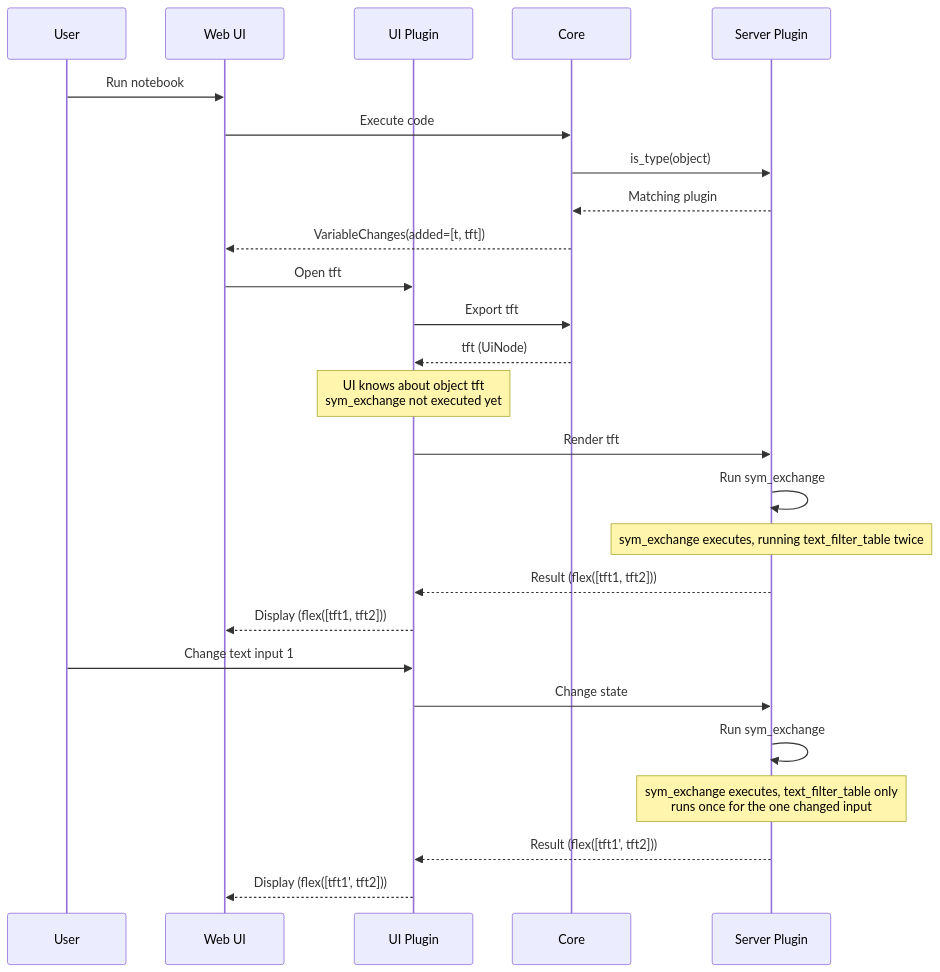
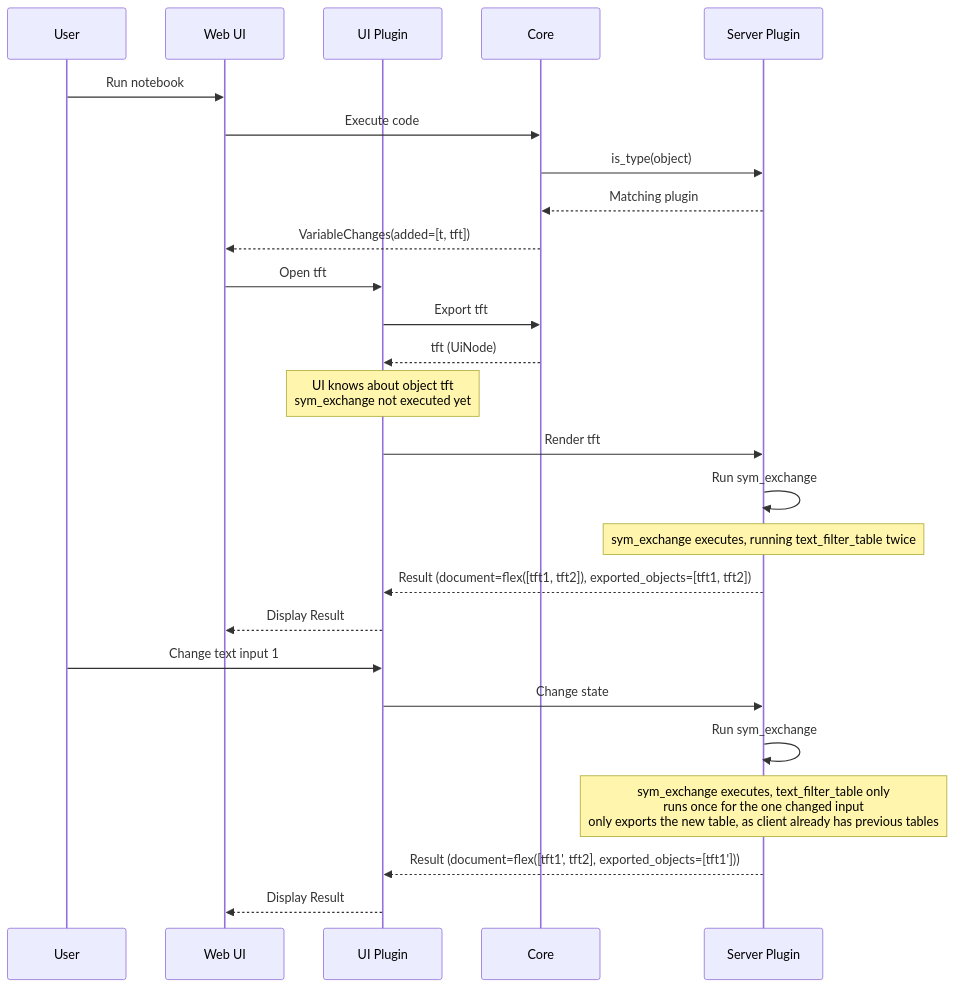
Before and after one commit to deephaven/deephaven-plugins: the first of 2 diagrams in plugins/ui/DESIGN.md, drawn with Mermaid. The commit also changed other lines of this file and 2 other files, not shown here.

````diff
--- a/plugins/ui/DESIGN.md
+++ b/plugins/ui/DESIGN.md
@@ -1752,33 +1751,33 @@
 ```mermaid
 sequenceDiagram
   participant U as User
   participant W as Web UI
   participant UIP as UI Plugin
   participant C as Core
   participant SP as Server Plugin
 
   U->>W: Run notebook
   W->>C: Execute code
   C->>SP: is_type(object)
   SP-->>C: Matching plugin
   C-->>W: VariableChanges(added=[t, tft])
 
   W->>UIP: Open tft
   UIP->>C: Export tft
   C-->>UIP: tft (UiNode)
 
   Note over UIP: UI knows about object tft<br/>sym_exchange not executed yet
 
   UIP->>SP: Render tft
   SP->>SP: Run sym_exchange
   Note over SP: sym_exchange executes, running text_filter_table twice
-  SP-->>UIP: Result (flex([tft1, tft2]))
-  UIP-->>W: Display (flex([tft1, tft2]))
+  SP-->>UIP: Result (document=flex([tft1, tft2]), exported_objects=[tft1, tft2])
+  UIP-->>W: Display Result
 
   U->>UIP: Change text input 1
   UIP->>SP: Change state
   SP->>SP: Run sym_exchange
-  Note over SP: sym_exchange executes, text_filter_table only <br/>runs once for the one changed input
-  SP-->>UIP: Result (flex([tft1', tft2]))
-  UIP-->>W: Display (flex([tft1', tft2]))
+  Note over SP: sym_exchange executes, text_filter_table only <br/>runs once for the one changed input<br/>only exports the new table, as client already has previous tables
+  SP-->>UIP: Result (document=flex([tft1', tft2], exported_objects=[tft1']))
+  UIP-->>W: Display Result
 ```
````
